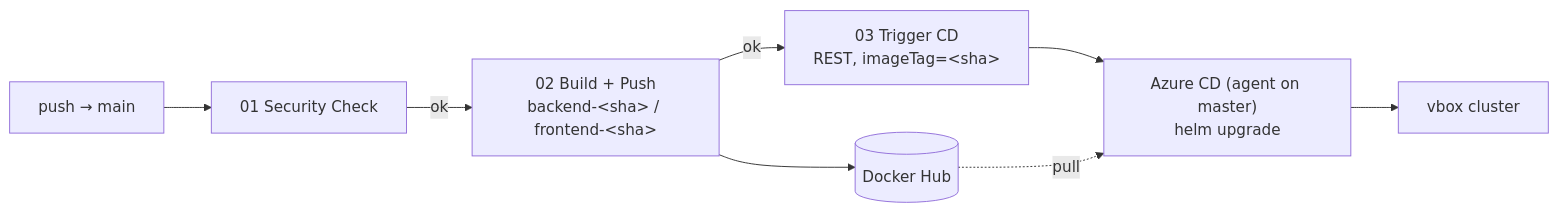
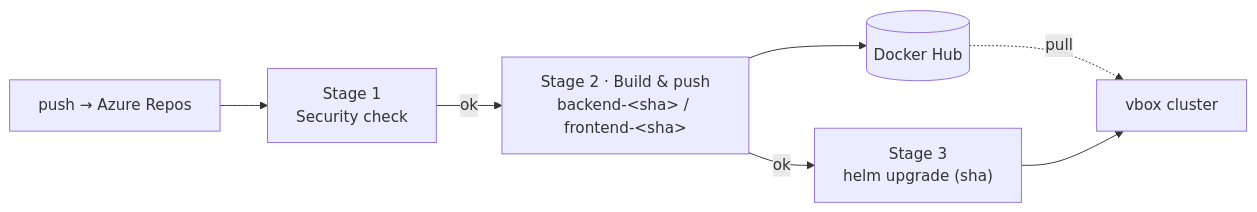
Before and after one commit to thientr18/MERN-simple-app: the diagram in README.md, drawn with Mermaid. The commit also changed other lines of this file and 5 other files, not shown here.

````diff
--- a/README.md
+++ b/README.md
@@ -14,10 +18,9 @@
 ```mermaid
 flowchart LR
-    P["push → main"] --> S["01 Security Check"]
-    S -->|ok| B["02 Build + Push<br/>backend-&lt;sha&gt; / frontend-&lt;sha&gt;"]
-    B -->|ok| T["03 Trigger CD<br/>REST, imageTag=&lt;sha&gt;"]
+    P["push → Azure Repos"] --> S["Stage 1<br/>Security check"]
+    S -->|ok| B["Stage 2 · Build & push<br/>backend-&lt;sha&gt; / frontend-&lt;sha&gt;"]
+    B -->|ok| D["Stage 3<br/>helm upgrade (sha)"]
     B --> H[("Docker Hub")]
-    T --> CD["Azure CD (agent on master)<br/>helm upgrade"]
-    H -. pull .-> CD
-    CD --> K["vbox cluster"]
+    H -. pull .-> K["vbox cluster"]
+    D --> K
 ```
````
